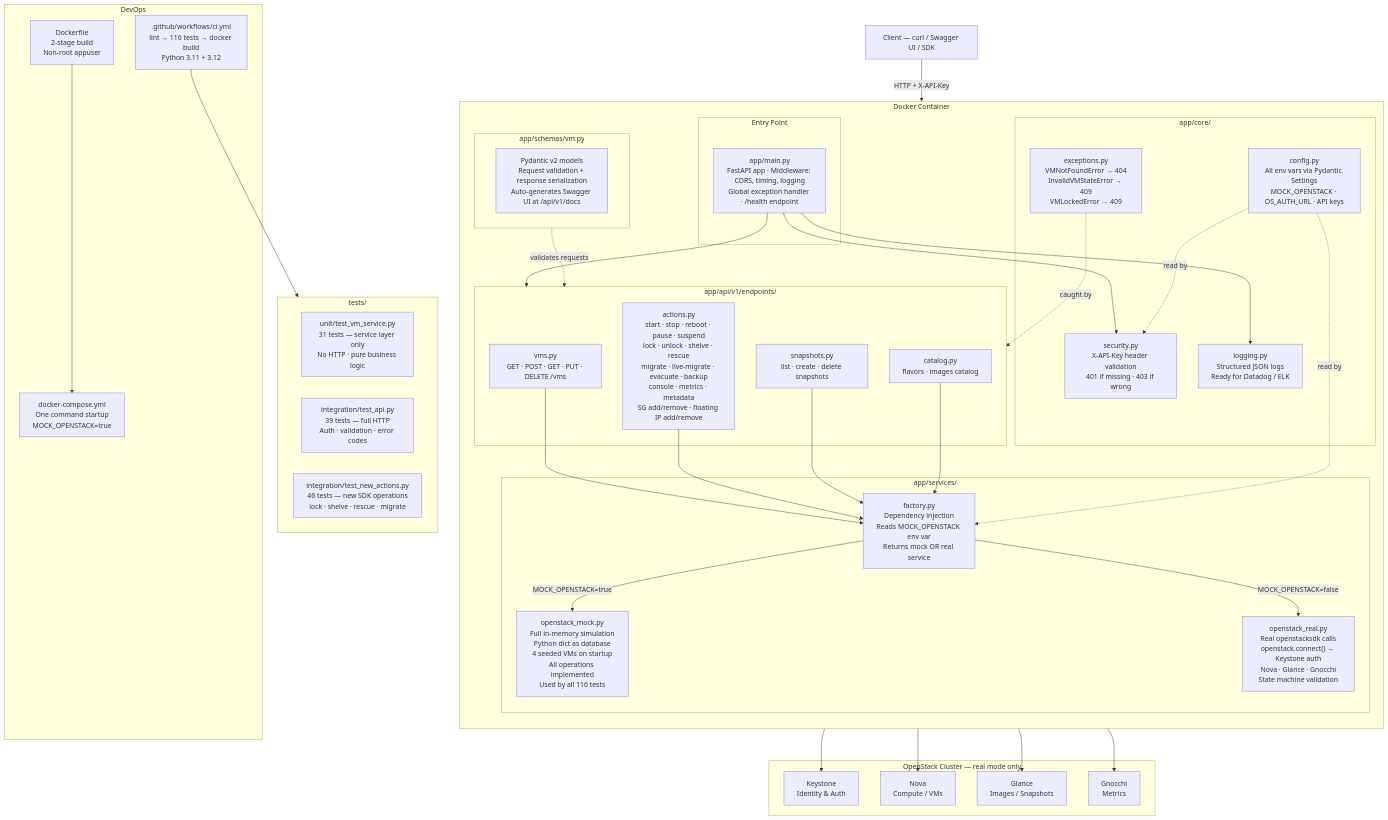
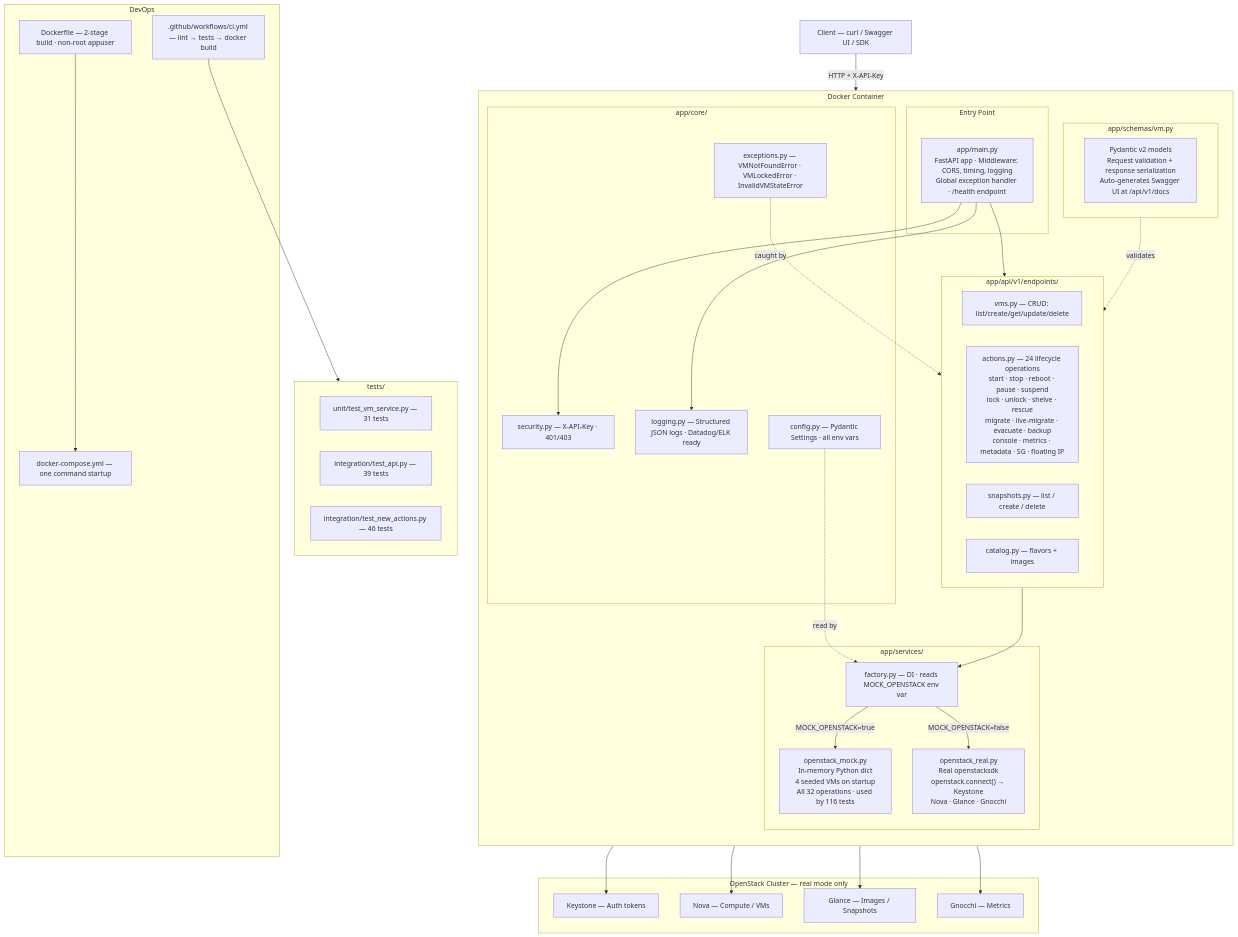
One commit to Prem-Gandhi-itp/openstack-vm-api changed the diagram in README.md. Above: the diagram before and after it, drawn with Mermaid. The commit also changed other lines of this file, not shown here.

Commit message:
Added uv in development phase and also added more endpoints which we can integrate in future (found from Openstack documentation

````diff
--- a/README.md
+++ b/README.md
@@ -334,76 +334,72 @@
 ```mermaid
 flowchart TD
     CLIENT["Client — curl / Swagger UI / SDK"]
 
     subgraph DOCKER["Docker Container"]
         direction TB
 
         subgraph ENTRY["Entry Point"]
             MAIN["app/main.py\nFastAPI app · Middleware: CORS, timing, logging\nGlobal exception handler · /health endpoint"]
         end
 
         subgraph CORE["app/core/"]
-            CONFIG["config.py\nAll env vars via Pydantic Settings\nMOCK_OPENSTACK · OS_AUTH_URL · API keys"]
-            SECURITY["security.py\nX-API-Key header validation\n401 if missing · 403 if wrong"]
-            EXCEPTIONS["exceptions.py\nVMNotFoundError → 404\nInvalidVMStateError → 409\nVMLockedError → 409"]
-            LOGGING["logging.py\nStructured JSON logs\nReady for Datadog / ELK"]
+            CONFIG["config.py — Pydantic Settings · all env vars"]
+            SECURITY["security.py — X-API-Key · 401/403"]
+            EXCEPTIONS["exceptions.py — VMNotFoundError · VMLockedError · InvalidVMStateError"]
+            LOGGING["logging.py — Structured JSON logs · Datadog/ELK ready"]
         end
 
         subgraph SCHEMAS["app/schemas/vm.py"]
             SCH["Pydantic v2 models\nRequest validation + response serialization\nAuto-generates Swagger UI at /api/v1/docs"]
         end
 
         subgraph ENDPOINTS["app/api/v1/endpoints/"]
-            VMS["vms.py\nGET · POST · GET · PUT · DELETE /vms"]
-            ACTIONS["actions.py\nstart · stop · reboot · pause · suspend\nlock · unlock · shelve · rescue\nmigrate · live-migrate · evacuate · backup\nconsole · metrics · metadata\nSG add/remove · floating IP add/remove"]
-            SNAPS["snapshots.py\nlist · create · delete snapshots"]
-            CATALOG["catalog.py\nflavors · images catalog"]
+            VMS["vms.py — CRUD: list/create/get/update/delete"]
+            ACTIONS["actions.py — 24 lifecycle operations\nstart · stop · reboot · pause · suspend\nlock · unlock · shelve · rescue\nmigrate · live-migrate · evacuate · backup\nconsole · metrics · metadata · SG · floating IP"]
+            SNAPS["snapshots.py — list / create / delete"]
+            CATALOG["catalog.py — flavors + images"]
         end
 
         subgraph SERVICES["app/services/"]
-            FACTORY["factory.py\nDependency injection\nReads MOCK_OPENSTACK env var\nReturns mock OR real service"]
-            MOCK["openstack_mock.py\nFull in-memory simulation\nPython dict as database\n4 seeded VMs on startup\nAll operations implemented\nUsed by all 116 tests"]
-            REAL["openstack_real.py\nReal openstacksdk calls\nopenstack.connect() → Keystone auth\nNova · Glance · Gnocchi\nState machine validation"]
+            FACTORY["factory.py — DI · reads MOCK_OPENSTACK env var"]
+            MOCK["openstack_mock.py\nIn-memory Python dict\n4 seeded VMs on startup\nAll 32 operations · used by 116 tests"]
+            REAL["openstack_real.py\nReal openstacksdk\nopenstack.connect() → Keystone\nNova · Glance · Gnocchi"]
         end
     end
 
     subgraph TESTS["tests/"]
-        UNIT["unit/test_vm_service.py\n31 tests — service layer only\nNo HTTP · pure business logic"]
-        INTEG["integration/test_api.py\n39 tests — full HTTP\nAuth · validation · error codes"]
-        NEWACT["integration/test_new_actions.py\n46 tests — new SDK operations\nlock · shelve · rescue · migrate"]
+        UNIT["unit/test_vm_service.py — 31 tests"]
+        INTEG["integration/test_api.py — 39 tests"]
+        NEWACT["integration/test_new_actions.py — 46 tests"]
     end
 
     subgraph DEVOPS["DevOps"]
-        DOCKERFILE["Dockerfile\n2-stage build\nNon-root appuser"]
-        COMPOSE["docker-compose.yml\nOne command startup\nMOCK_OPENSTACK=true"]
-        CI[".github/workflows/ci.yml\nlint → 116 tests → docker build\nPython 3.11 + 3.12"]
+        DOCKERFILE["Dockerfile — 2-stage build · non-root appuser"]
+        COMPOSE["docker-compose.yml — one command startup"]
+        CI[".github/workflows/ci.yml — lint → tests → docker build"]
     end
 
     subgraph OPENSTACK["OpenStack Cluster — real mode only"]
-        KEYSTONE["Keystone\nIdentity & Auth"]
-        NOVA["Nova\nCompute / VMs"]
-        GLANCE["Glance\nImages / Snapshots"]
-        GNOCCHI["Gnocchi\nMetrics"]
+        KEYSTONE["Keystone — Auth tokens"]
+        NOVA["Nova — Compute / VMs"]
+        GLANCE["Glance — Images / Snapshots"]
+        GNOCCHI["Gnocchi — Metrics"]
     end
 
     CLIENT -->|"HTTP + X-API-Key"| MAIN
     MAIN --> SECURITY
     MAIN --> LOGGING
     MAIN --> ENDPOINTS
-    VMS --> FACTORY
-    ACTIONS --> FACTORY
-    SNAPS --> FACTORY
-    CATALOG --> FACTORY
+    ENDPOINTS --> FACTORY
     FACTORY -->|"MOCK_OPENSTACK=true"| MOCK
     FACTORY -->|"MOCK_OPENSTACK=false"| REAL
     REAL --> KEYSTONE
     REAL --> NOVA
     REAL --> GLANCE
     REAL --> GNOCCHI
-    SCHEMAS -.->|"validates requests"| ENDPOINTS
+    SCHEMAS -.->|"validates"| ENDPOINTS
     EXCEPTIONS -.->|"caught by"| ENDPOINTS
     CONFIG -.->|"read by"| FACTORY
-    CONFIG -.->|"read by"| SECURITY
     DOCKERFILE --> COMPOSE
     CI --> TESTS
 ```
````
